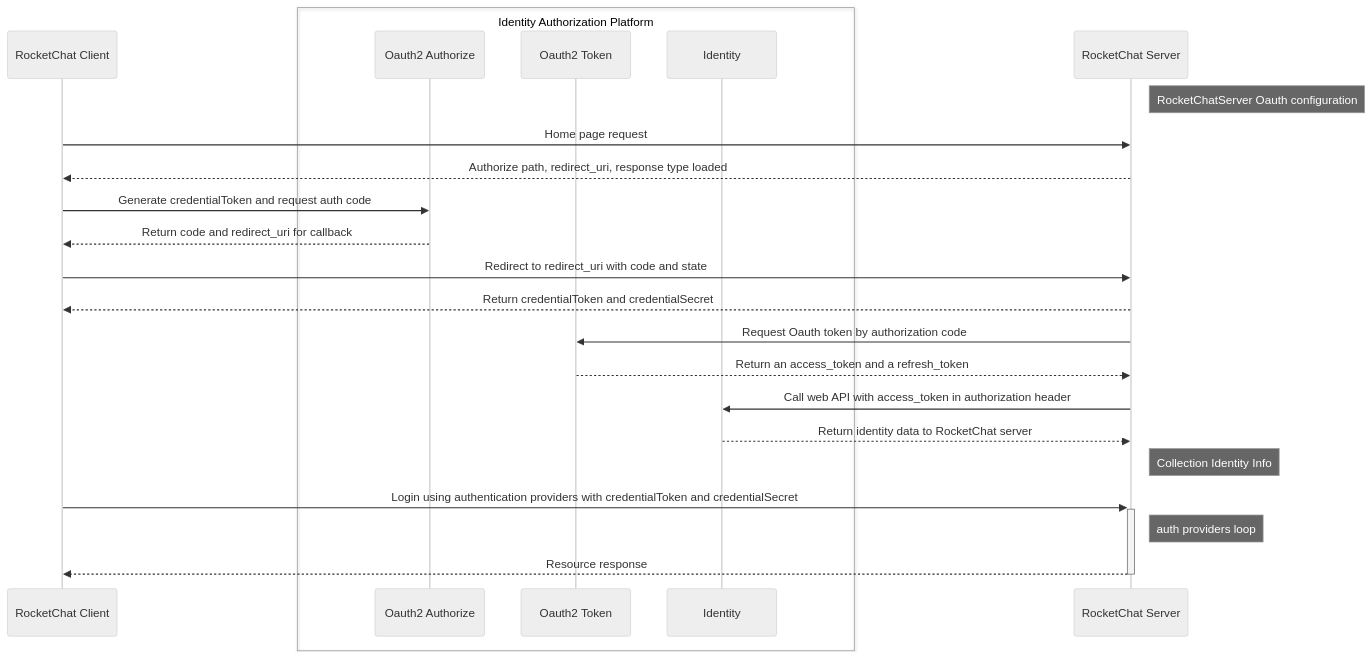
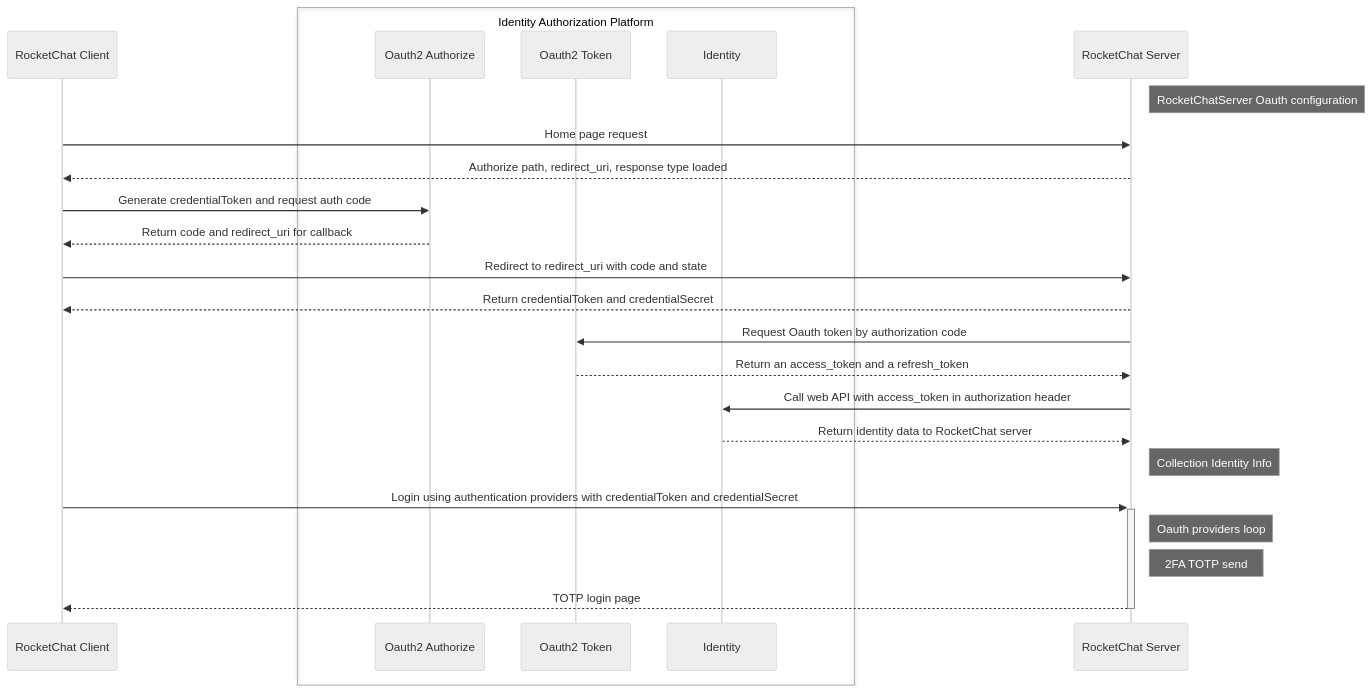
Before and after one commit to vulnsystem/vulnsystem.github.io: the diagram in website/docs/rocketchat/rocketchat-oauth-process.mdx, drawn with Mermaid (neutral theme). The commit also changed other lines of this file, not shown here.

````diff
--- a/website/docs/rocketchat/rocketchat-oauth-process.mdx
+++ b/website/docs/rocketchat/rocketchat-oauth-process.mdx
@@ -15,30 +15,31 @@
 ```mermaid
 sequenceDiagram
   participant RocketChatClient as RocketChat Client
   participant Oauth2Authorize as Oauth2 Authorize
   participant Oauth2Token as Oauth2 Token
   participant ResourceServer as Identity
   participant RocketChatServer as RocketChat Server
 
   Note right of RocketChatServer: RocketChatServer Oauth configuration
   RocketChatClient ->> RocketChatServer: Home page request
   RocketChatServer -->> RocketChatClient: Authorize path, redirect_uri, response type loaded
   RocketChatClient ->> Oauth2Authorize: Generate credentialToken and request auth code
   Oauth2Authorize -->> RocketChatClient: Return code and redirect_uri for callback
   RocketChatClient ->> RocketChatServer: Redirect to redirect_uri with code and state
   RocketChatServer -->> RocketChatClient: Return credentialToken and credentialSecret
   RocketChatServer ->> Oauth2Token: Request Oauth token by authorization code
   Oauth2Token -->> RocketChatServer: Return an access_token and a refresh_token
   RocketChatServer ->> ResourceServer: Call web API with access_token in authorization header
   ResourceServer -->> RocketChatServer: Return identity data to RocketChat server
   Note right of RocketChatServer: Collection Identity Info
   RocketChatClient ->>+ RocketChatServer: Login using authentication providers with credentialToken and credentialSecret
-  Note right of RocketChatServer: auth providers loop
-  RocketChatServer -->>- RocketChatClient: Resource response
+  Note right of RocketChatServer: Oauth providers loop
+  Note right of RocketChatServer: 2FA TOTP send
+  RocketChatServer -->>- RocketChatClient: TOTP login page
 
   box transparent Identity Authorization Platform
   participant Oauth2Authorize
   participant Oauth2Token
   participant ResourceServer
   end
 ```
````
